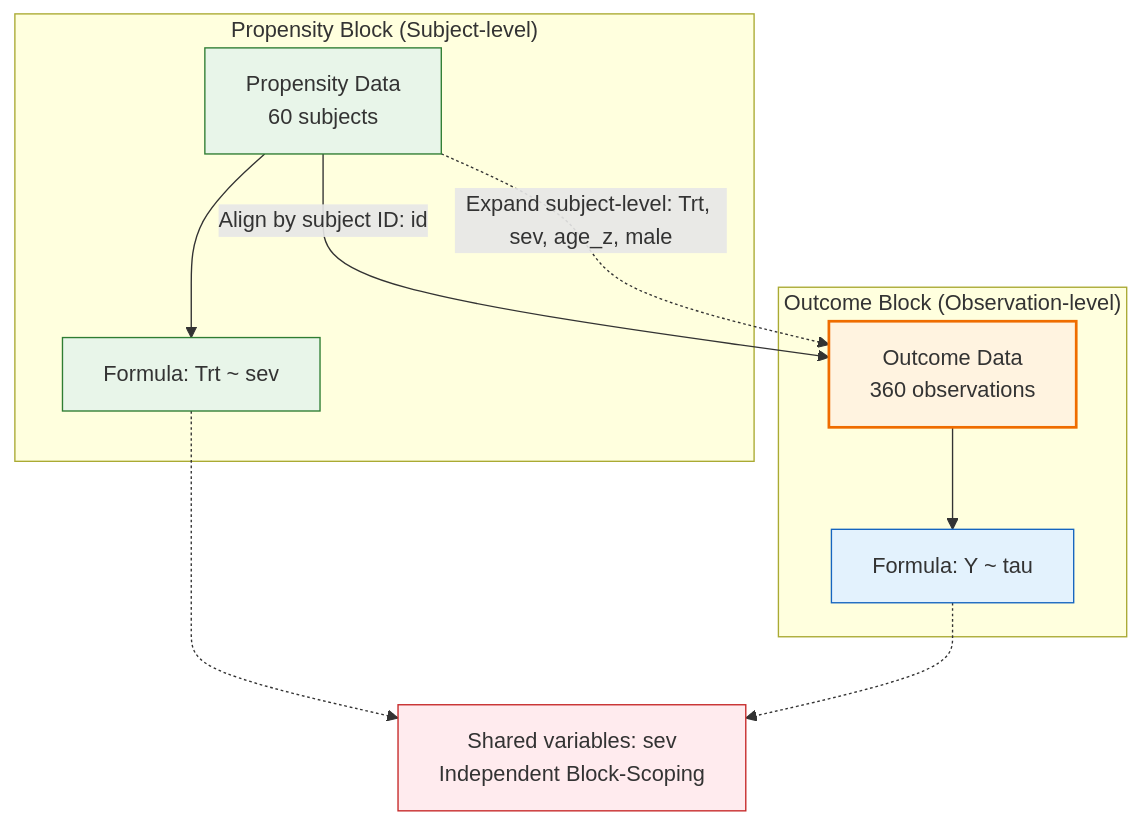
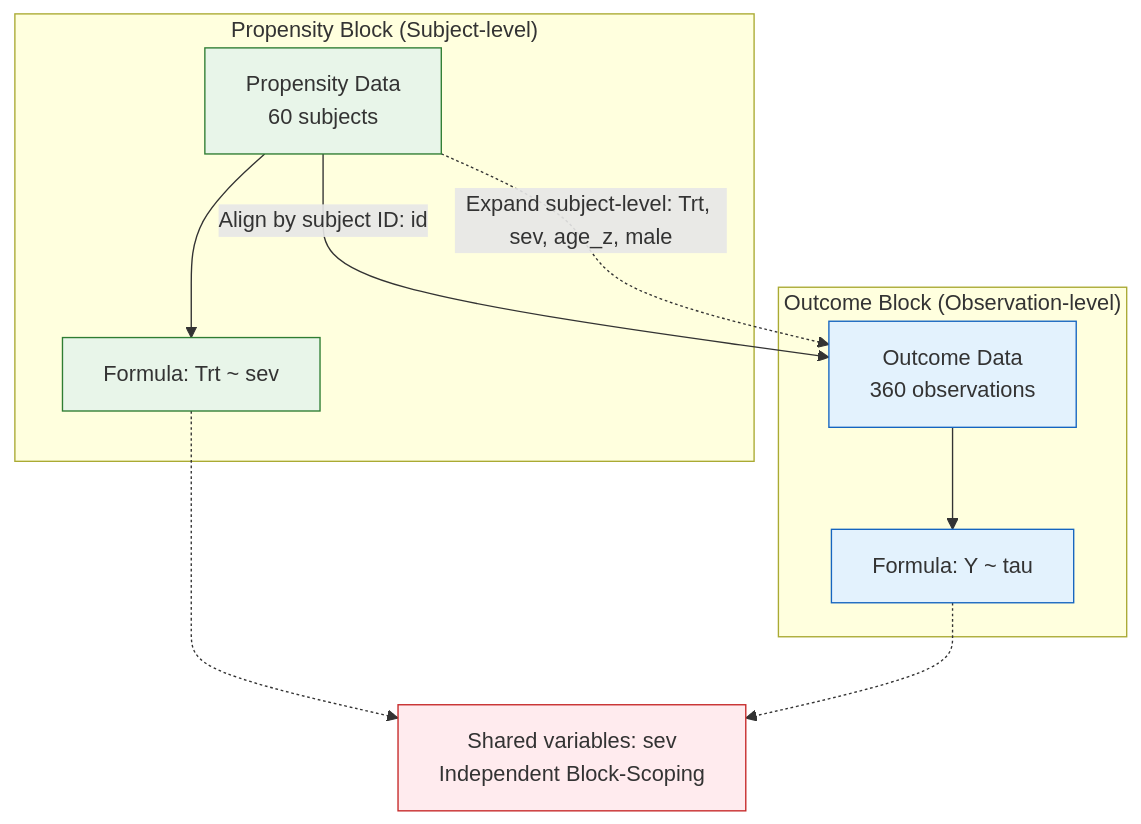
One commit to ABindoff/bjlm changed the diagram in README.md. Above: the diagram before and after it, drawn with Mermaid. The commit also changed other lines of this file, not shown here.

Commit message:
docs(readme): fix flowchart description and remove erroneous align class from edges

````diff
--- a/README.md
+++ b/README.md
@@ -142,25 +142,25 @@
 ```mermaid
 graph TD
     classDef prop fill:#e8f5e9,stroke:#2e7d32,stroke-width:1px;
     classDef out fill:#e3f2fd,stroke:#1565c0,stroke-width:1px;
     classDef align fill:#fff3e0,stroke:#ef6c00,stroke-width:2px;
     classDef collision fill:#ffebee,stroke:#c62828,stroke-width:1px;
 
     subgraph "Propensity Block (Subject-level)"
         PD["Propensity Data<br/>60 subjects"]:::prop
         PF["Formula: Trt ~ sev"]:::prop
         PD --> PF
     end
 
     subgraph "Outcome Block (Observation-level)"
         OD["Outcome Data<br/>360 observations"]:::out
         OF["Formula: Y ~ tau"]:::out
         OD --> OF
     end
 
-    PD -->|"Align by subject ID: id"| OD:::align
-    PD -.->|"Expand subject-level: Trt, sev, age_z, male"| OD:::align
+    PD -->|"Align by subject ID: id"| OD
+    PD -.->|"Expand subject-level: Trt, sev, age_z, male"| OD
     SC["Shared variables: sev<br/>Independent Block-Scoping"]:::collision
     PF -.-> SC
     OF -.-> SC
 ```
````
